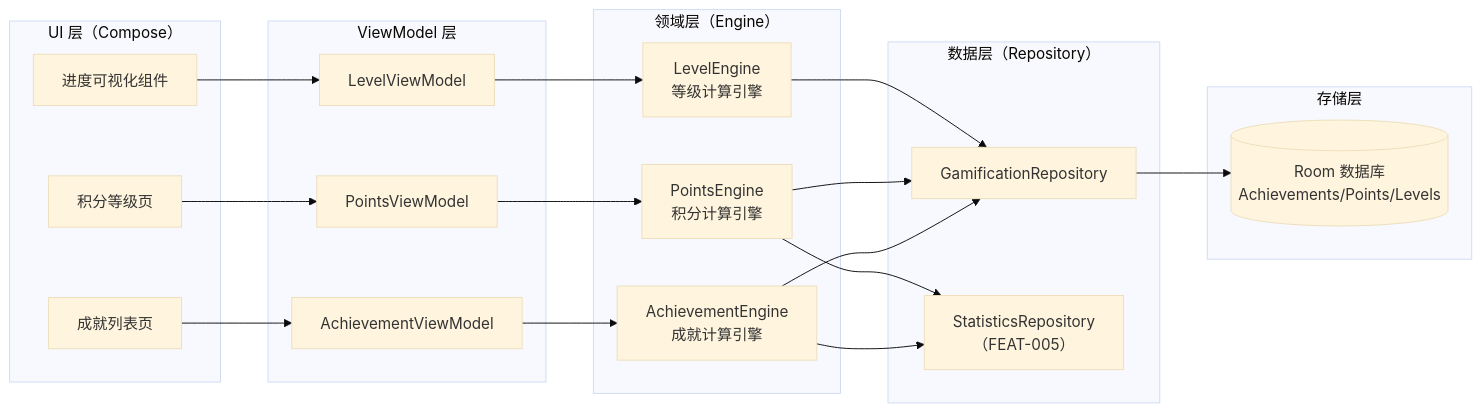
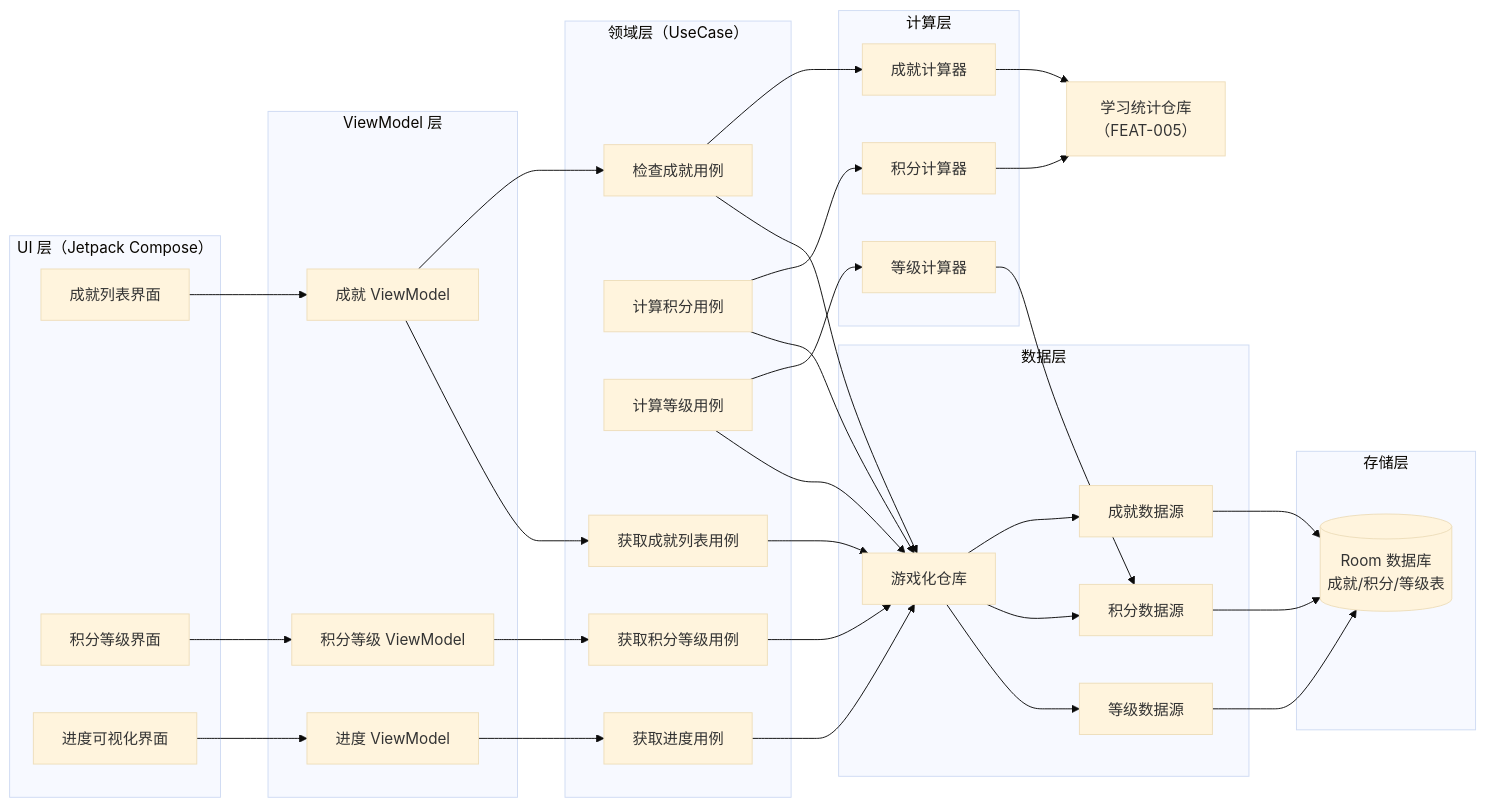
The third of 26 diagrams in specs/epics/EPIC-001-word-memory-app/features/FEAT-004-gamification-incentive/plan.md (jackykarma/Verity), drawn with Mermaid (base theme) before and after one commit. The commit also changed other lines of this file and 20 other files, not shown here.

````diff
--- a/specs/epics/EPIC-001-word-memory-app/features/FEAT-004-gamification-incentive/plan.md
+++ b/specs/epics/EPIC-001-word-memory-app/features/FEAT-004-gamification-incentive/plan.md
@@ -120,46 +125,60 @@
 ```mermaid
 flowchart LR
-  subgraph UI["UI 层（Compose）"]
-    AchievementList["成就列表页"]
-    PointsLevel["积分等级页"]
-    Progress["进度可视化组件"]
+  subgraph UI["UI 层（Jetpack Compose）"]
+    AchievementScreen[成就列表界面]
+    PointsLevelScreen[积分等级界面]
+    ProgressScreen[进度可视化界面]
   end
-
-  subgraph VM["ViewModel 层"]
-    AchievementVM["AchievementViewModel"]
-    PointsVM["PointsViewModel"]
-    LevelVM["LevelViewModel"]
+  subgraph ViewModel["ViewModel 层"]
+    AchievementViewModel[成就 ViewModel]
+    PointsLevelViewModel[积分等级 ViewModel]
+    ProgressViewModel[进度 ViewModel]
   end
-
-  subgraph Domain["领域层（Engine）"]
-    AchievementEngine["AchievementEngine<br/>成就计算引擎"]
-    PointsEngine["PointsEngine<br/>积分计算引擎"]
-    LevelEngine["LevelEngine<br/>等级计算引擎"]
+  subgraph Domain["领域层（UseCase）"]
+    CheckAchievementUseCase[检查成就用例]
+    CalculatePointsUseCase[计算积分用例]
+    CalculateLevelUseCase[计算等级用例]
+    GetAchievementsUseCase[获取成就列表用例]
+    GetPointsLevelUseCase[获取积分等级用例]
+    GetProgressUseCase[获取进度用例]
   end
-
-  subgraph Data["数据层（Repository）"]
-    GamificationRepo["GamificationRepository"]
-    StatsRepo["StatisticsRepository<br/>（FEAT-005）"]
+  subgraph Calculator["计算层"]
+    AchievementCalculator[成就计算器]
+    PointsCalculator[积分计算器]
+    LevelCalculator[等级计算器]
   end
-
+  subgraph Data["数据层"]
+    GamificationRepository[游戏化仓库]
+    AchievementLocalDataSource[成就数据源]
+    PointsLocalDataSource[积分数据源]
+    LevelLocalDataSource[等级数据源]
+  end
   subgraph Storage["存储层"]
-    RoomDB[(Room 数据库<br/>Achievements/Points/Levels)]
+    RoomDB[(Room 数据库<br/>成就/积分/等级表)]
   end
-
-  AchievementList --> AchievementVM
-  PointsLevel --> PointsVM
-  Progress --> LevelVM
-
-  AchievementVM --> AchievementEngine
-  PointsVM --> PointsEngine
-  LevelVM --> LevelEngine
-
-  AchievementEngine --> GamificationRepo
-  PointsEngine --> GamificationRepo
-  LevelEngine --> GamificationRepo
-
-  AchievementEngine --> StatsRepo
-  PointsEngine --> StatsRepo
-
-  GamificationRepo --> RoomDB
+  AchievementScreen --> AchievementViewModel
+  PointsLevelScreen --> PointsLevelViewModel
+  ProgressScreen --> ProgressViewModel
+  AchievementViewModel --> CheckAchievementUseCase
+  AchievementViewModel --> GetAchievementsUseCase
+  PointsLevelViewModel --> GetPointsLevelUseCase
+  ProgressViewModel --> GetProgressUseCase
+  CheckAchievementUseCase --> AchievementCalculator
+  CheckAchievementUseCase --> GamificationRepository
+  CalculatePointsUseCase --> PointsCalculator
+  CalculatePointsUseCase --> GamificationRepository
+  CalculateLevelUseCase --> LevelCalculator
+  CalculateLevelUseCase --> GamificationRepository
+  GetAchievementsUseCase --> GamificationRepository
+  GetPointsLevelUseCase --> GamificationRepository
+  GetProgressUseCase --> GamificationRepository
+  AchievementCalculator --> LearningStatsRepo[学习统计仓库<br/>（FEAT-005）]
+  PointsCalculator --> LearningStatsRepo
+  LevelCalculator --> PointsLocalDataSource
+  GamificationRepository --> AchievementLocalDataSource
+  GamificationRepository --> PointsLocalDataSource
+  GamificationRepository --> LevelLocalDataSource
+  AchievementLocalDataSource --> RoomDB
+  PointsLocalDataSource --> RoomDB
+  LevelLocalDataSource --> RoomDB
 ```
````
